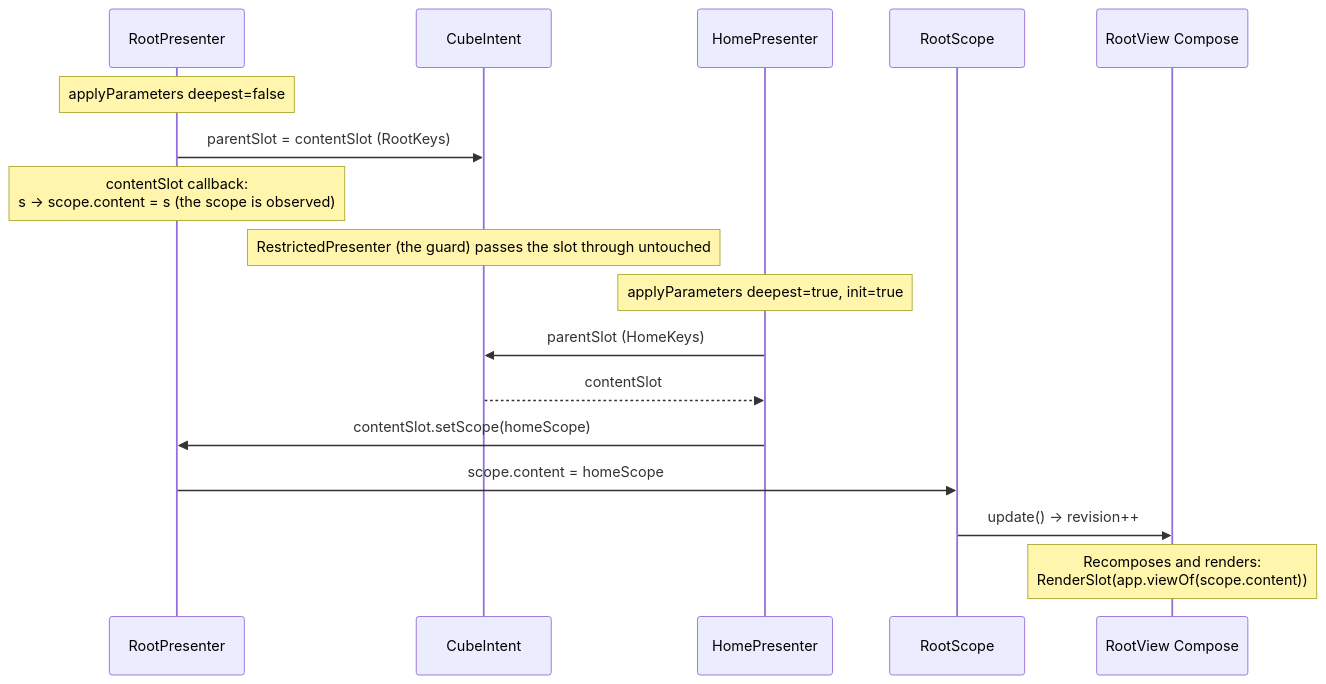
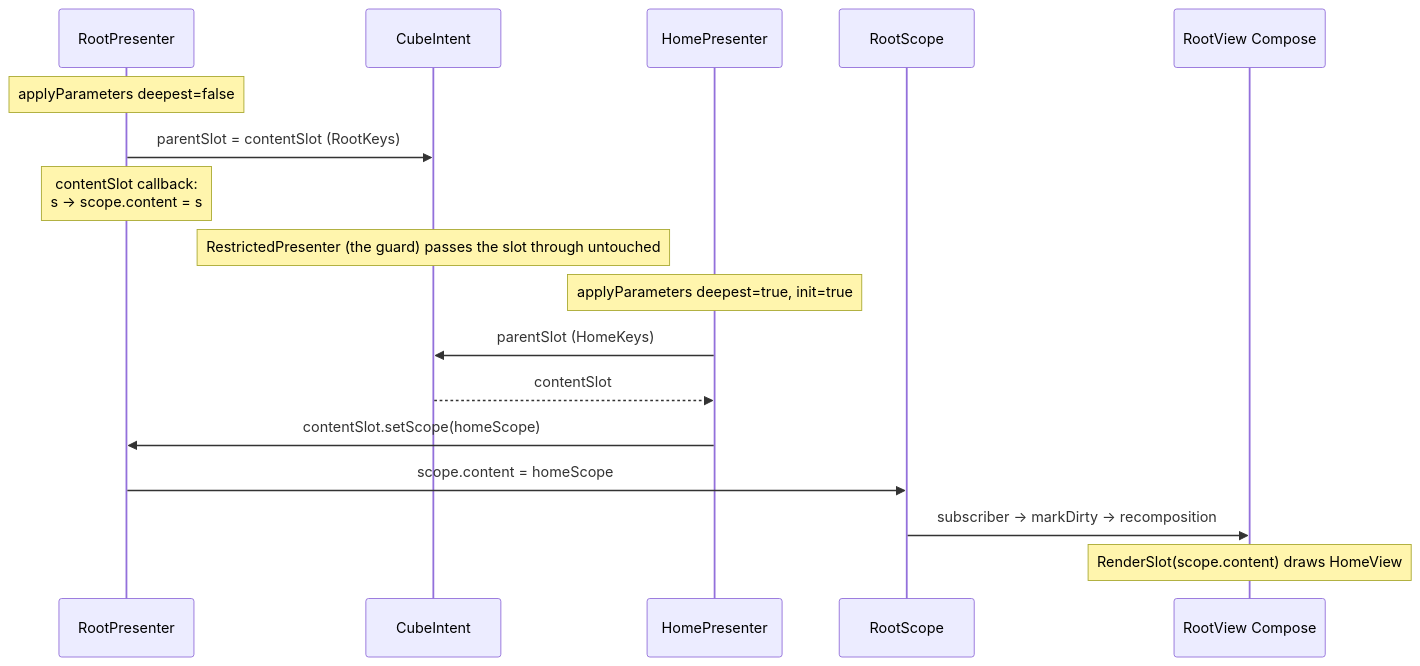
Before and after one commit to mrcdom/wdc-cube-kotlin: the sixth of 9 diagrams in docs/architecture-cube-compose.md, drawn with Mermaid. The commit also changed other lines of this file and 9 other files, not shown here.

````diff
--- a/docs/architecture-cube-compose.md
+++ b/docs/architecture-cube-compose.md
@@ -329,21 +310,21 @@
 ```mermaid
 sequenceDiagram
     participant Root as RootPresenter
     participant Intent as CubeIntent
     participant Home as HomePresenter
     participant RootScope
     participant RootView as RootView Compose
 
     Note over Root: applyParameters deepest=false
     Root->>Intent: parentSlot = contentSlot (RootKeys)
-    Note over Root: contentSlot callback:<br/>s -> scope.content = s (the scope is observed)
+    Note over Root: contentSlot callback:<br/>s -> scope.content = s
 
     Note over Intent: RestrictedPresenter (the guard) passes the slot through untouched
     Note over Home: applyParameters deepest=true, init=true
     Home->>Intent: parentSlot (HomeKeys)
     Intent-->>Home: contentSlot
     Home->>Root: contentSlot.setScope(homeScope)
     Root->>RootScope: scope.content = homeScope
-    RootScope->>RootView: update() → revision++
-    Note over RootView: Recomposes and renders:<br/>RenderSlot(app.viewOf(scope.content))
+    RootScope->>RootView: subscriber → markDirty → recomposition
+    Note over RootView: RenderSlot(scope.content) draws HomeView
 ```
````
